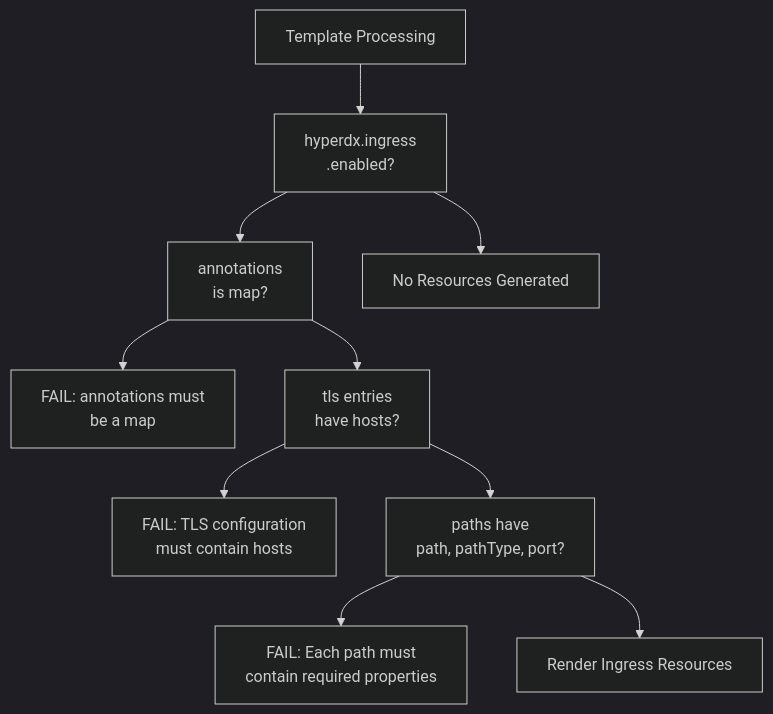
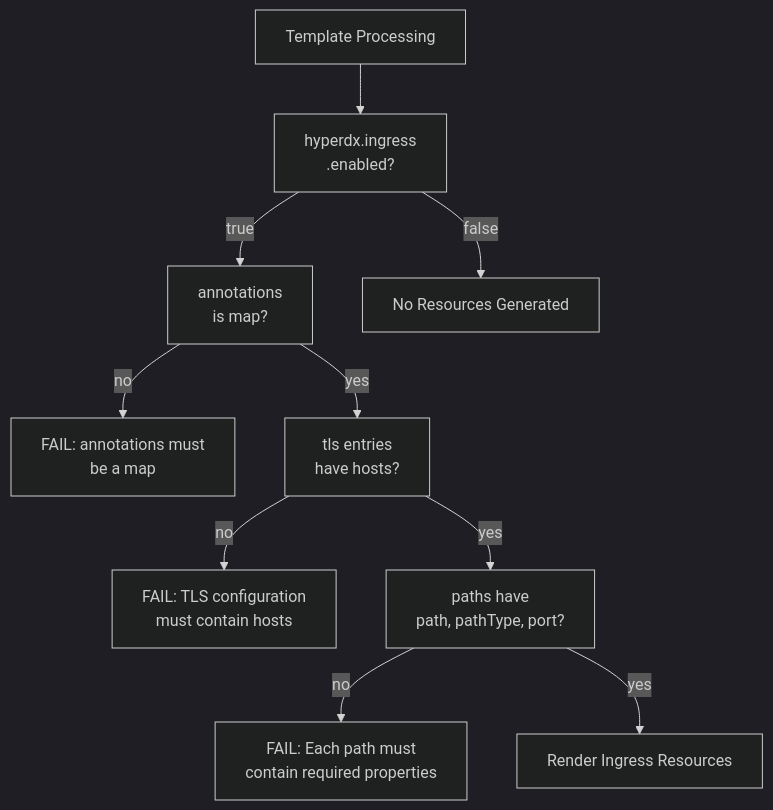
The fifth of 5 diagrams in docs/hyperdxio-helm-charts-docs/Ingress-and-External-Access.md (openchoreo/openchoreo), drawn with Mermaid (dark theme) before and after one commit. The commit also changed other lines of this file and 85 other files, not shown here.

Commit message:
feat: Add new workflow and specification templates, update Helm chart dependencies, and clarify documentation diagrams.

````diff
--- a/docs/hyperdxio-helm-charts-docs/Ingress-and-External-Access.md
+++ b/docs/hyperdxio-helm-charts-docs/Ingress-and-External-Access.md
@@ -415,24 +415,24 @@
 ```mermaid
 flowchart TD
 
 Start["Template Processing"]
 CheckEnabled["hyperdx.ingress<br>.enabled?"]
 CheckAnnotations["annotations<br>is map?"]
 FailAnnotations["FAIL: annotations must<br>be a map"]
 CheckTLS["tls entries<br>have hosts?"]
 FailTLS["FAIL: TLS configuration<br>must contain hosts"]
 CheckPaths["paths have<br>path, pathType, port?"]
 FailPaths["FAIL: Each path must<br>contain required properties"]
 RenderIngress["Render Ingress Resources"]
 End["No Resources Generated"]
 
 Start --> CheckEnabled
-CheckEnabled --> End
-CheckEnabled --> CheckAnnotations
-CheckAnnotations --> FailAnnotations
-CheckAnnotations --> CheckTLS
-CheckTLS --> FailTLS
-CheckTLS --> CheckPaths
-CheckPaths --> FailPaths
-CheckPaths --> RenderIngress
+CheckEnabled -->|"false"| End
+CheckEnabled -->|"true"| CheckAnnotations
+CheckAnnotations -->|"no"| FailAnnotations
+CheckAnnotations -->|"yes"| CheckTLS
+CheckTLS -->|"no"| FailTLS
+CheckTLS -->|"yes"| CheckPaths
+CheckPaths -->|"no"| FailPaths
+CheckPaths -->|"yes"| RenderIngress
 ```
````
